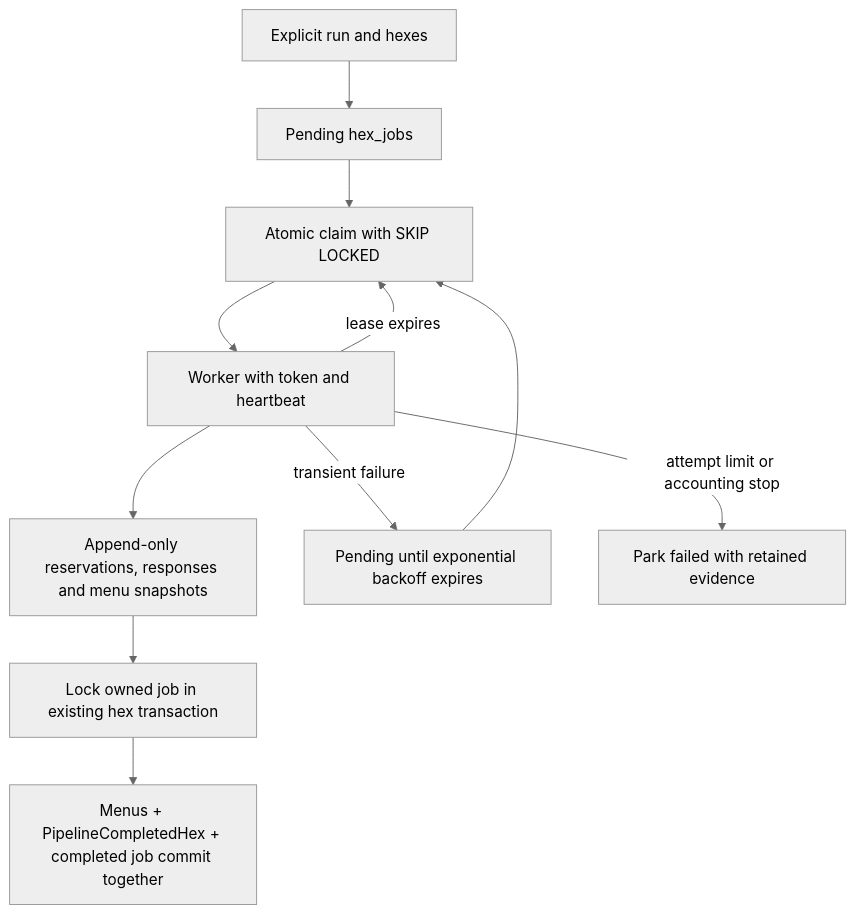
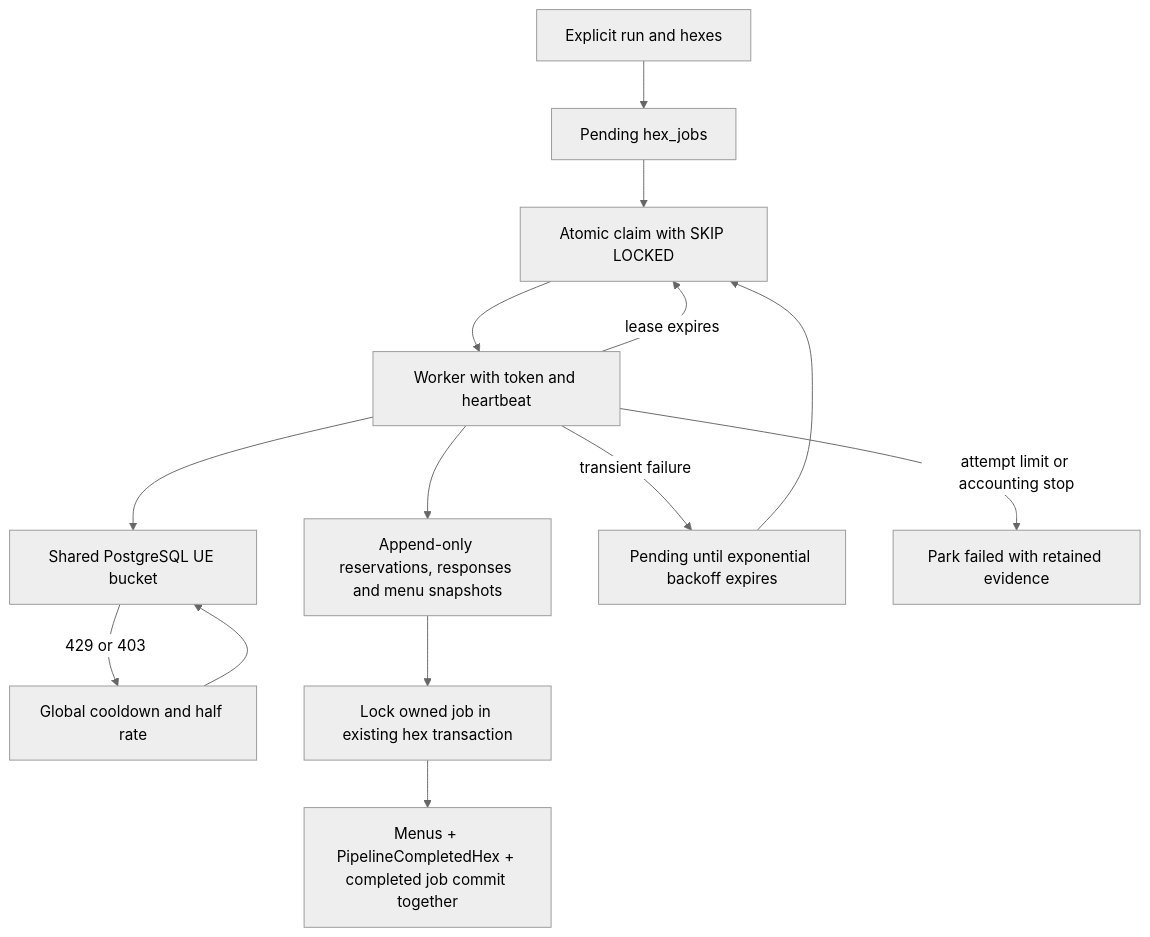
One commit to dgmolla/fitsy changed the diagram in docs/engineering/pipeline/pipeline-v2-queue.md. Above: the diagram before and after it, drawn with Mermaid (neutral theme). The commit also changed other lines of this file and 14 other files, not shown here.

Commit message:
Pipeline v2: shared Uber Eats rate limiter with 429 backoff (#593)

````diff
--- a/docs/engineering/pipeline/pipeline-v2-queue.md
+++ b/docs/engineering/pipeline/pipeline-v2-queue.md
@@ -10,13 +10,16 @@
 ```mermaid
 flowchart TD
   Enqueue[Explicit run and hexes] --> Pending[Pending hex_jobs]
   Pending --> Claim[Atomic claim with SKIP LOCKED]
   Claim --> Work[Worker with token and heartbeat]
+  Work --> UE[Shared PostgreSQL UE bucket]
+  UE -->|429 or 403| Cooldown[Global cooldown and half rate]
+  Cooldown --> UE
   Work --> Journal[Append-only reservations, responses and menu snapshots]
   Journal --> Tx[Lock owned job in existing hex transaction]
   Tx --> Complete[Menus + PipelineCompletedHex + completed job commit together]
   Work -->|transient failure| Backoff[Pending until exponential backoff expires]
   Backoff --> Claim
   Work -->|lease expires| Claim
   Work -->|attempt limit or accounting stop| Failed[Park failed with retained evidence]
 ```
````
